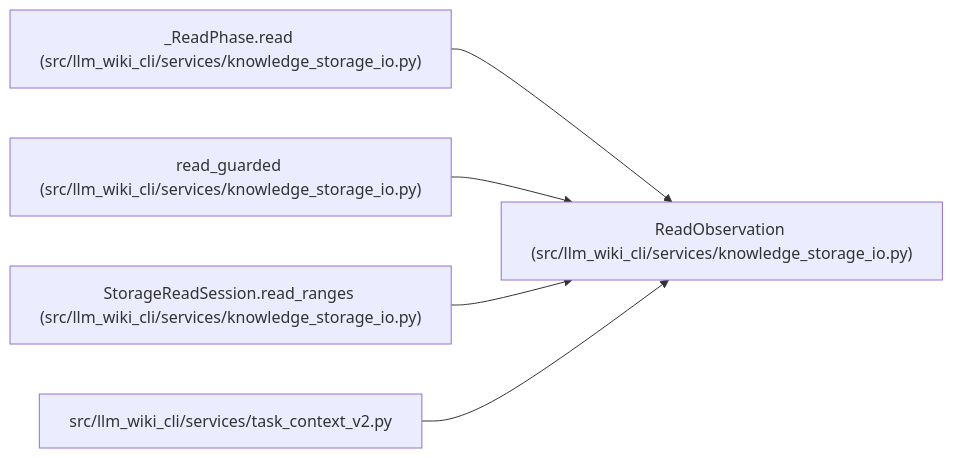
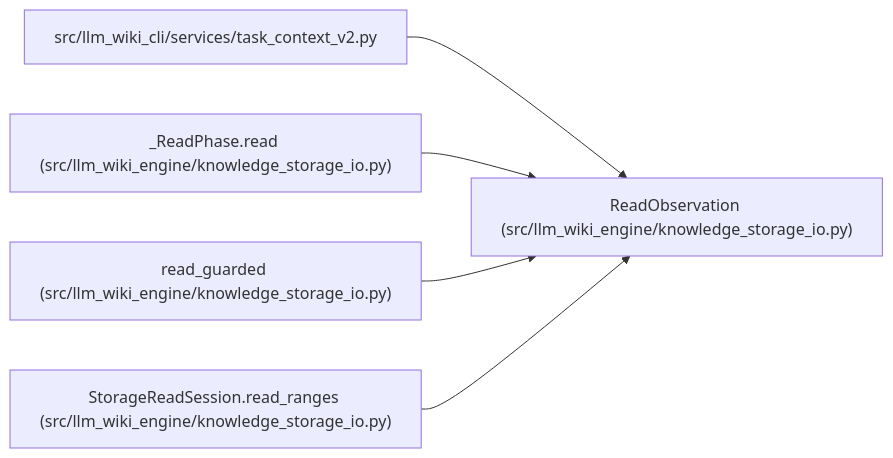
The diagram in docs/llm_wiki/entities/ReadObservation.md (Denissvgn/python-wiki-llm), drawn with Mermaid before and after one commit. The commit also changed other lines of this file and 1058 other files, not shown here.

First line of the commit message:
docs: refresh the wiki for the knowledge store move

````diff
--- a/docs/llm_wiki/entities/ReadObservation.md
+++ b/docs/llm_wiki/entities/ReadObservation.md
@@ -29,17 +29,17 @@
 ```mermaid
 flowchart LR
-    n0["ReadObservation (src/llm_wiki_cli/services/knowledge_storage_io.py)"]
-    n1["_ReadPhase.read (src/llm_wiki_cli/services/knowledge_storage_io.py)"]
-    n2["read_guarded (src/llm_wiki_cli/services/knowledge_storage_io.py)"]
-    n3["StorageReadSession.read_ranges (src/llm_wiki_cli/services/knowledge_storage_io.py)"]
-    n4["src/llm_wiki_cli/services/task_context_v2.py"]
+    n0["ReadObservation (src/llm_wiki_engine/knowledge_storage_io.py)"]
+    n1["src/llm_wiki_cli/services/task_context_v2.py"]
+    n2["_ReadPhase.read (src/llm_wiki_engine/knowledge_storage_io.py)"]
+    n3["read_guarded (src/llm_wiki_engine/knowledge_storage_io.py)"]
+    n4["StorageReadSession.read_ranges (src/llm_wiki_engine/knowledge_storage_io.py)"]
     n1 --> n0
     n2 --> n0
     n3 --> n0
     n4 --> n0
     click n0 "../modules/knowledge_storage_io.md"
-    click n1 "../modules/knowledge_storage_io.md"
+    click n1 "../modules/task_context_v2.md"
     click n2 "../modules/knowledge_storage_io.md"
     click n3 "../modules/knowledge_storage_io.md"
-    click n4 "../modules/task_context_v2.md"
+    click n4 "../modules/knowledge_storage_io.md"
 ```
````
